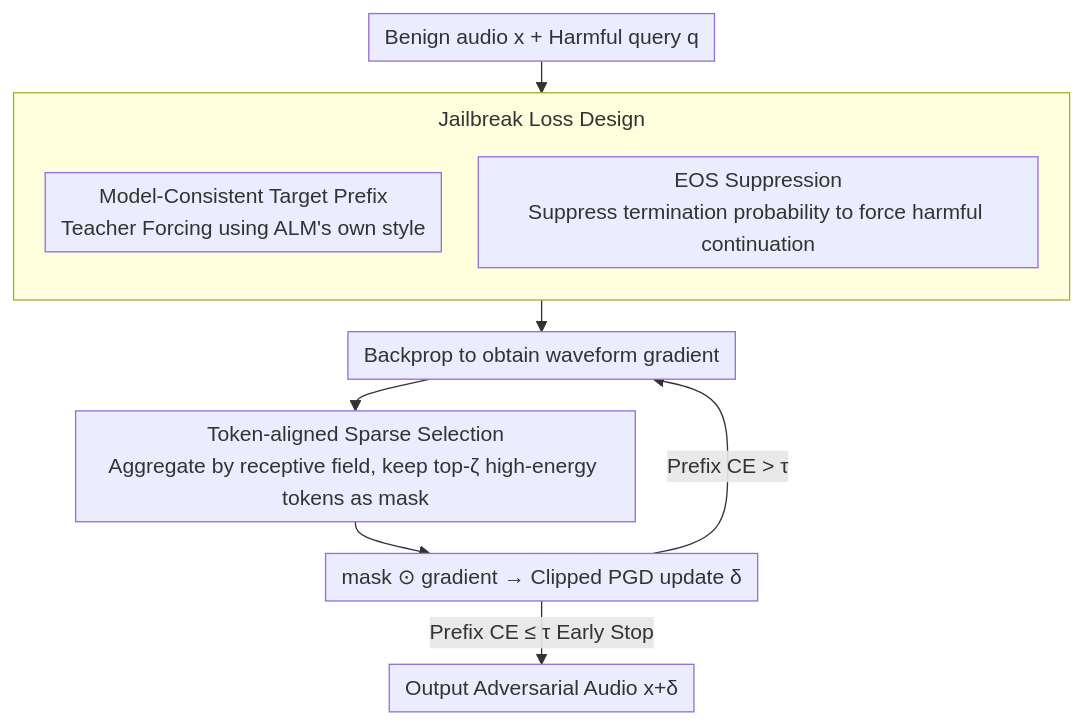
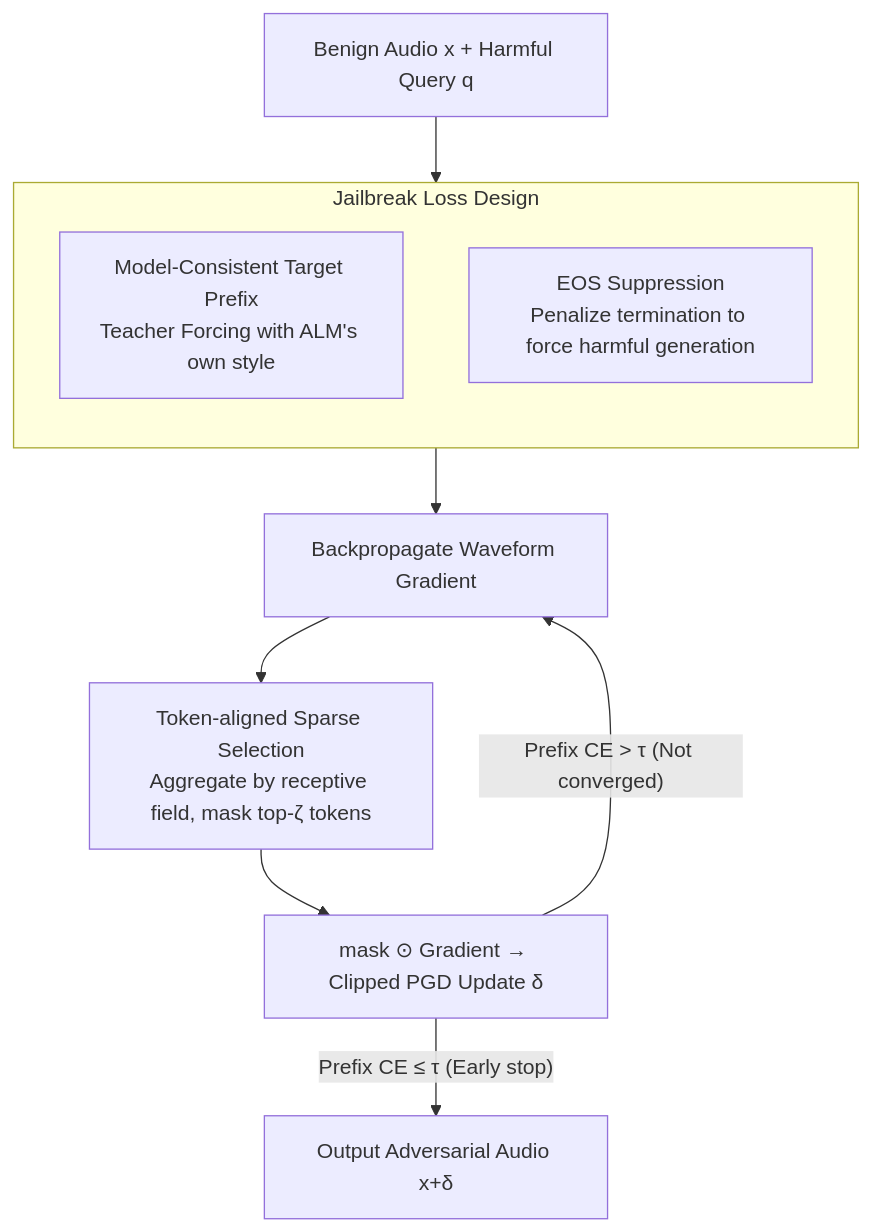
Before and after one commit to zhaoyang97/Paper-Notes-en: the diagram in docs/ICML2026/audio_speech/sparse_tokens_suffice_jailbreaking_audio_language_models_via_token-aware_gradien.md, drawn with Mermaid. The commit also changed other lines of this file and 5084 other files, not shown here.

````diff
--- a/docs/ICML2026/audio_speech/sparse_tokens_suffice_jailbreaking_audio_language_models_via_token-aware_gradien.md
+++ b/docs/ICML2026/audio_speech/sparse_tokens_suffice_jailbreaking_audio_language_models_via_token-aware_gradien.md
@@ -41,15 +41,14 @@
 ```mermaid
-%%{init: {'flowchart': {'rankSpacing': 24, 'nodeSpacing': 28, 'padding': 6, 'wrappingWidth': 400, 'subGraphTitleMargin': {'top': 8, 'bottom': 16}}}}%%
-flowchart TD
-    A["Benign audio x + Harmful query q"] --> LOSS
+graph TD
+    A["Benign Audio x + Harmful Query q"] --> LOSS
     subgraph LOSS["Jailbreak Loss Design"]
         direction TB
-        P["Model-Consistent Target Prefix<br/>Teacher Forcing using ALM's own style"]
-        E["EOS Suppression<br/>Suppress termination probability to force harmful continuation"]
+        P["Model-Consistent Target Prefix<br/>Teacher Forcing with ALM's own style"]
+        E["EOS Suppression<br/>Penalize termination to force harmful generation"]
     end
-    LOSS --> G["Backprop to obtain waveform gradient"]
-    G --> S["Token-aligned Sparse Selection<br/>Aggregate by receptive field, keep top-ζ high-energy tokens as mask"]
-    S --> U["mask ⊙ gradient → Clipped PGD update δ"]
-    U -->|"Prefix CE > τ"| G
-    U -->|"Prefix CE ≤ τ Early Stop"| O["Output Adversarial Audio x+δ"]
+    LOSS --> G["Backpropagate Waveform Gradient"]
+    G --> S["Token-aligned Sparse Selection<br/>Aggregate by receptive field, mask top-ζ tokens"]
+    S --> U["mask ⊙ Gradient → Clipped PGD Update δ"]
+    U -->|"Prefix CE > τ (Not converged)"| G
+    U -->|"Prefix CE ≤ τ (Early stop)"| O["Output Adversarial Audio x+δ"]
 ```
````
